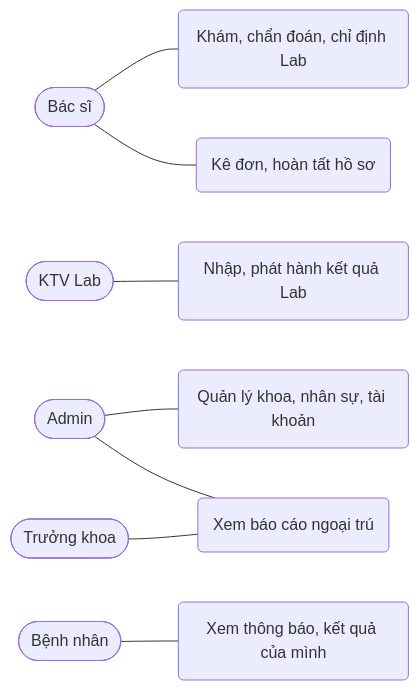
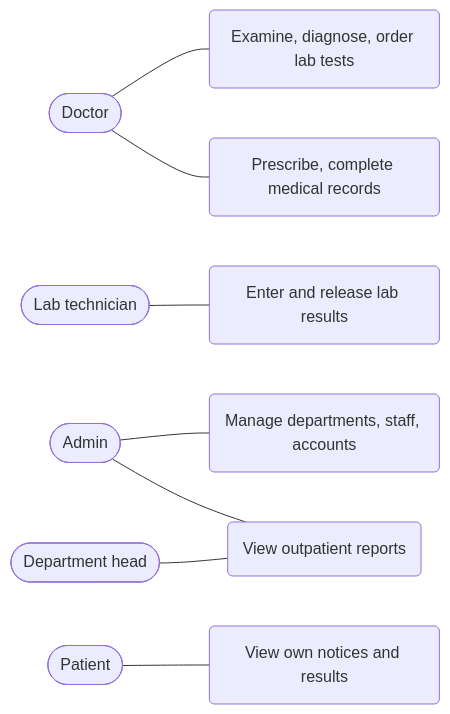
Before and after one commit to Dangvinh77/MediFlow: the diagram in scripts/demo_25_10/artifacts/service-demo/diagrams/04b.mmd, drawn with Mermaid. The commit also changed 9 other files, not shown here.

```diff
--- a/scripts/demo_25_10/artifacts/service-demo/diagrams/04b.mmd
+++ b/scripts/demo_25_10/artifacts/service-demo/diagrams/04b.mmd
@@ -1,19 +1,19 @@
 flowchart LR
-DR(["Bác sĩ"])
-LT(["KTV Lab"])
+DR(["Doctor"])
+LT(["Lab technician"])
 AD(["Admin"])
-MG(["Trưởng khoa"])
-PA(["Bệnh nhân"])
-U6("Khám, chẩn đoán, chỉ định Lab")
-U8("Kê đơn, hoàn tất hồ sơ")
-U7("Nhập, phát hành kết quả Lab")
-U1("Quản lý khoa, nhân sự, tài khoản")
-U11("Xem báo cáo ngoại trú")
-U10("Xem thông báo, kết quả của mình")
+MG(["Department head"])
+PA(["Patient"])
+U6("Examine, diagnose, order lab tests")
+U8("Prescribe, complete medical records")
+U7("Enter and release lab results")
+U1("Manage departments, staff, accounts")
+U11("View outpatient reports")
+U10("View own notices and results")
 DR --- U6
 DR --- U8
 LT --- U7
 AD --- U1
 AD --- U11
 MG --- U11
 PA --- U10
```
